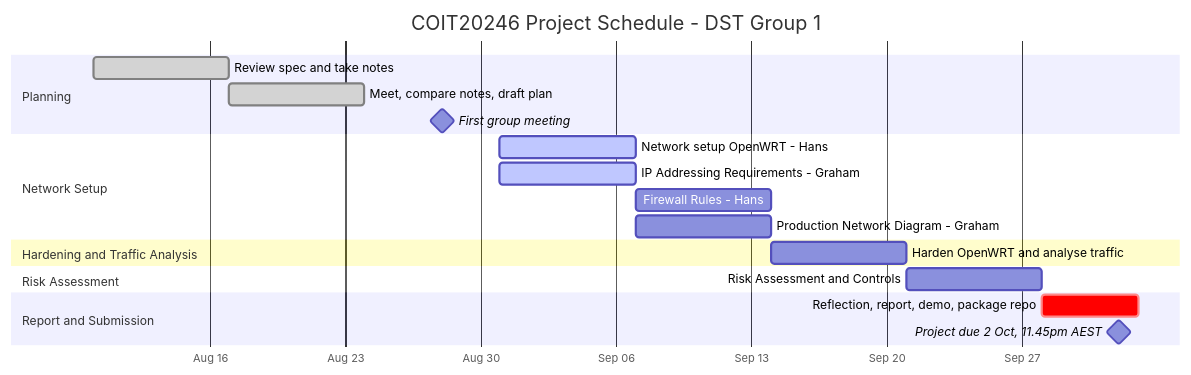
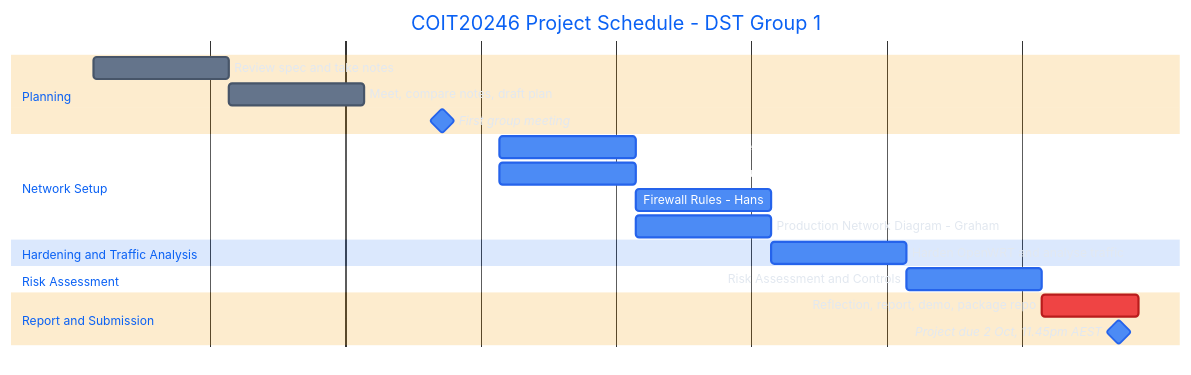
The diagram in plan.md (T22026-COIT20246-Project-30-MM/DST-Group-1), drawn with Mermaid before and after one commit.

Commit message:
update gant chart

````diff
--- a/plan.md
+++ b/plan.md
@@ -29,27 +29,43 @@
 ```mermaid
+%%{init: {'theme':'base', 'themeVariables': {
+  'primaryColor': '#4C8BF5',
+  'primaryTextColor': '#fff',
+  'primaryBorderColor': '#2563eb',
+  'lineColor': '#94a3b8',
+  'secondaryColor': '#22c55e',
+  'tertiaryColor': '#f59e0b',
+  'doneTaskBkgColor': '#64748b',
+  'doneTaskBorderColor': '#475569',
+  'activeTaskBkgColor': '#4C8BF5',
+  'activeTaskBorderColor': '#2563eb',
+  'critBkgColor': '#ef4444',
+  'critBorderColor': '#b91c1c',
+  'taskTextColor': '#fff',
+  'taskTextOutsideColor': '#e2e8f0'
+}}}%%
 gantt
     title COIT20246 Project Schedule - DST Group 1
     dateFormat  YYYY-MM-DD
     axisFormat  %b %d
 
     section Planning
     Review spec and take notes         :done, w5, 2026-08-10, 7d
     Meet, compare notes, draft plan    :done, w6, 2026-08-17, 7d
     First group meeting                :milestone, m1, 2026-08-28, 0d
 
     section Network Setup
     Network setup OpenWRT - Hans            :active, w7a, 2026-08-31, 7d
     IP Addressing Requirements - Graham     :active, w7b, 2026-08-31, 7d
     Firewall Rules - Hans                   :w8a, after w7a, 7d
     Production Network Diagram - Graham     :w8b, after w7b, 7d
 
     section Hardening and Traffic Analysis
     Harden OpenWRT and analyse traffic      :w9, 2026-09-14, 7d
 
     section Risk Assessment
     Risk Assessment and Controls            :w10, 2026-09-21, 7d
 
     section Report and Submission
     Reflection, report, demo, package repo  :crit, w11, 2026-09-28, 5d
     Project due 2 Oct, 11.45pm AEST         :milestone, due, 2026-10-02, 0d
 ```
````
